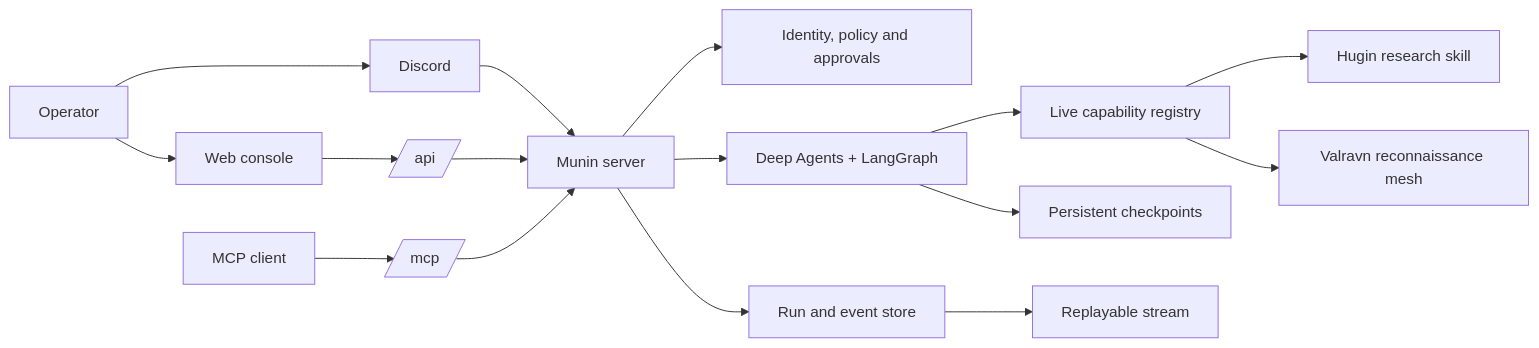
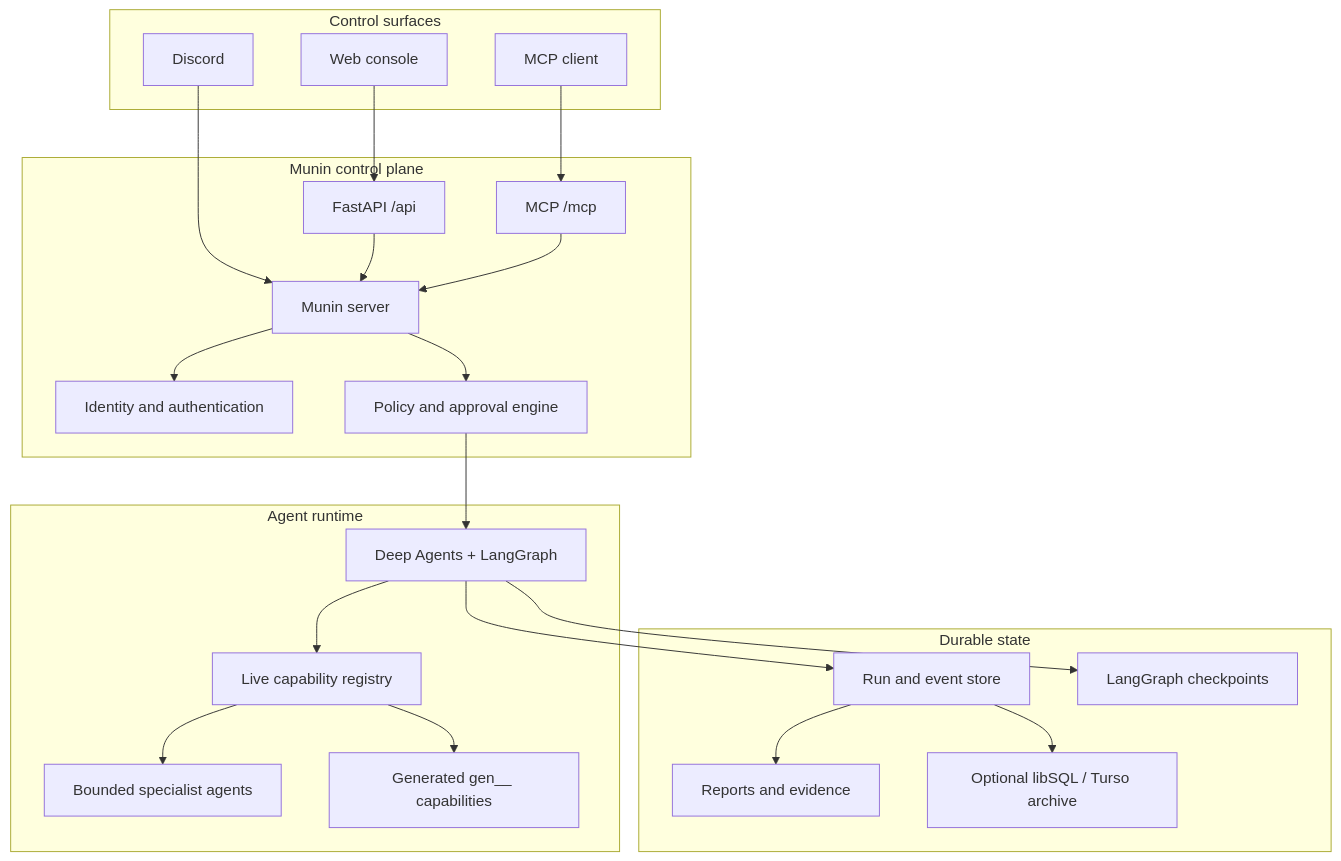
One commit to PrinceOfPwn/Munin changed the second of 7 diagrams in README.md. Above: the diagram before and after it, drawn with Mermaid. The commit also changed other lines of this file, not shown here.

Commit message:
Add richer README architecture diagrams

````diff
--- a/README.md
+++ b/README.md
@@ -76,21 +93,46 @@
 ```mermaid
-flowchart LR
-    Operator[Operator] --> Web[Web console]
-    Operator --> Discord[Discord]
-    Client[MCP client] --> MCP[/mcp/]
+flowchart TB
+    subgraph Interfaces[Control surfaces]
+        Web[Web console]
+        Discord[Discord]
+        MCPClient[MCP client]
+    end
 
-    Web --> API[/api/]
-    Discord --> Server[Munin server]
+    subgraph Control[Munin control plane]
+        API[FastAPI /api]
+        MCP[MCP /mcp]
+        Server[Munin server]
+        Identity[Identity and authentication]
+        Policy[Policy and approval engine]
+    end
+
+    subgraph Runtime[Agent runtime]
+        Graph[Deep Agents + LangGraph]
+        Registry[Live capability registry]
+        Specialists[Bounded specialist agents]
+        Generated[Generated gen__ capabilities]
+    end
+
+    subgraph State[Durable state]
+        Timeline[Run and event store]
+        Checkpoints[LangGraph checkpoints]
+        Artifacts[Reports and evidence]
+        Archive[Optional libSQL / Turso archive]
+    end
+
+    Web --> API
+    Discord --> Server
+    MCPClient --> MCP
     API --> Server
     MCP --> Server
-
-    Server --> Policy[Identity, policy and approvals]
-    Server --> Runtime[Deep Agents + LangGraph]
-    Runtime --> Registry[Live capability registry]
-    Runtime --> Checkpoints[Persistent checkpoints]
-    Server --> Timeline[Run and event store]
-    Timeline --> Replay[Replayable stream]
-
-    Registry --> Hugin[Hugin research skill]
-    Registry --> Valravn[Valravn reconnaissance mesh]
+    Server --> Identity
+    Server --> Policy
+    Policy --> Graph
+    Graph --> Registry
+    Registry --> Specialists
+    Registry --> Generated
+    Graph --> Timeline
+    Graph --> Checkpoints
+    Timeline --> Artifacts
+    Timeline --> Archive
 ```
````
